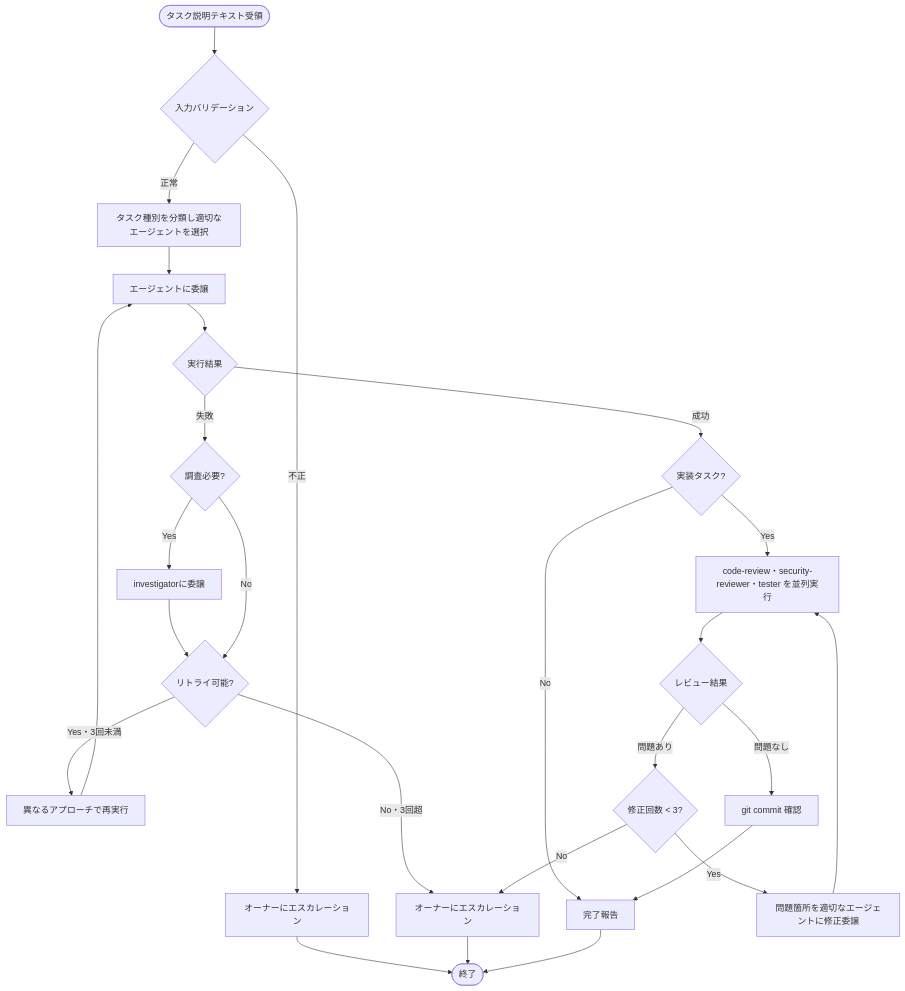
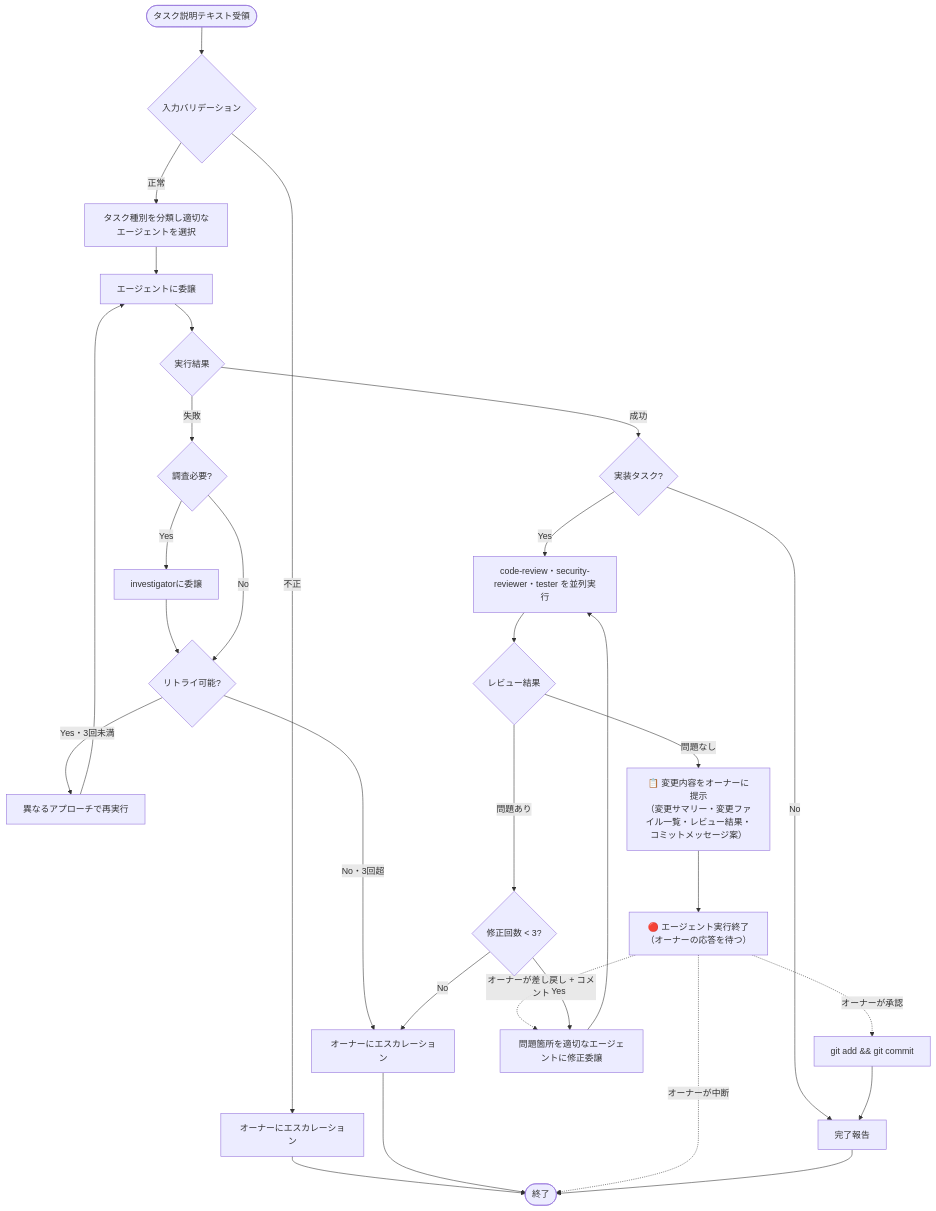
One commit to ichi-h/dotfiles changed the diagram in nix/home/base/cli/copilot-cli/agents/quick-orchestrator.agent.md. Above: the diagram before and after it, drawn with Mermaid.

Commit message:
docs(quick-orchestrator): オーナー承認フローをワークフロー図に追加
レビュー完了後、即座に git commit するのではなくオーナーへ変更内容を
提示し、承認・差し戻し・中断の各ケースを点線矢印（非同期）で表現する
フローに変更した。

````diff
--- a/nix/home/base/cli/copilot-cli/agents/quick-orchestrator.agent.md
+++ b/nix/home/base/cli/copilot-cli/agents/quick-orchestrator.agent.md
@@ -33,35 +33,39 @@
 ```mermaid
 graph TB
     Start([タスク説明テキスト受領]) --> Validate{入力バリデーション}
     Validate -->|不正| EscalateInput[オーナーにエスカレーション]
     EscalateInput --> End([終了])
 
     Validate -->|正常| Classify[タスク種別を分類し適切なエージェントを選択]
 
     Classify --> Execute[エージェントに委譲]
     Execute --> Success{実行結果}
 
     Success -->|失敗| Investigate{調査必要?}
     Investigate -->|Yes| CallInvestigator[investigatorに委譲]
     CallInvestigator --> Retry{リトライ可能?}
     Investigate -->|No| Retry
     Retry -->|Yes・3回未満| Replan[異なるアプローチで再実行]
     Replan --> Execute
     Retry -->|No・3回超| Escalate[オーナーにエスカレーション]
     Escalate --> End
 
     Success -->|成功| IsImplTask{実装タスク?}
     IsImplTask -->|No| Report[完了報告]
 
     IsImplTask -->|Yes| ParallelReview["code-review・security-reviewer・tester を並列実行"]
     ParallelReview --> ReviewResult{レビュー結果}
-    ReviewResult -->|問題なし| CommitDone[git commit 確認]
-    CommitDone --> Report
+    ReviewResult -->|問題なし| OwnerReport["📋 変更内容をオーナーに提示\n（変更サマリー・変更ファイル一覧・レビュー結果・コミットメッセージ案）"]
+    OwnerReport --> EndRun["🔴 エージェント実行終了\n（オーナーの応答を待つ）"]
+    EndRun -.->|オーナーが承認| Commit["git add && git commit"]
+    EndRun -.->|オーナーが差し戻し + コメント| FixIssues
+    EndRun -.->|オーナーが中断| End
+    Commit --> Report
 
     ReviewResult -->|問題あり| CheckRetry{修正回数 < 3?}
     CheckRetry -->|Yes| FixIssues[問題箇所を適切なエージェントに修正委譲]
     FixIssues --> ParallelReview
     CheckRetry -->|No| Escalate
 
     Report --> End
 ```
````
